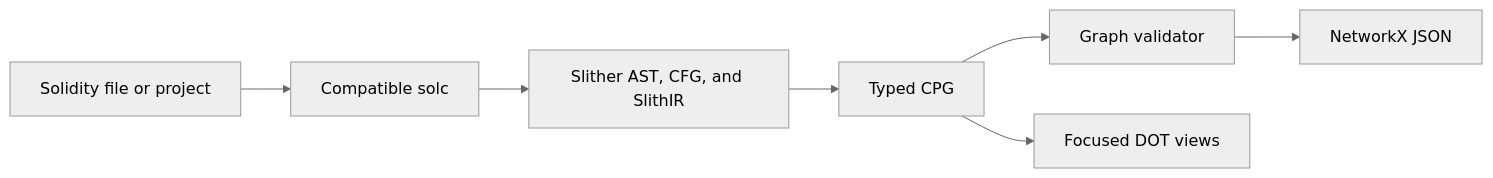
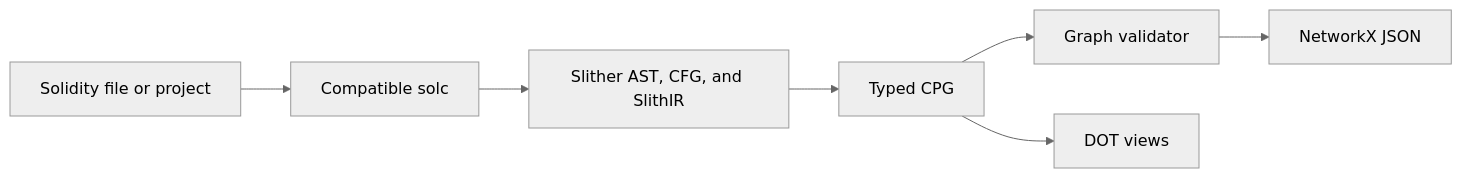
The diagram in README.md (ImAno177/spider), drawn with Mermaid (neutral theme) before and after one commit. The commit also changed other lines of this file, not shown here.

````diff
--- a/README.md
+++ b/README.md
@@ -82,9 +63,9 @@
 ```mermaid
 flowchart LR
     A["Solidity file or project"] --> B["Compatible solc"]
     B --> C["Slither AST, CFG, and SlithIR"]
     C --> D["Typed CPG"]
     D --> E["Graph validator"]
     E --> F["NetworkX JSON"]
-    D --> G["Focused DOT views"]
+    D --> G["DOT views"]
 ```
````
